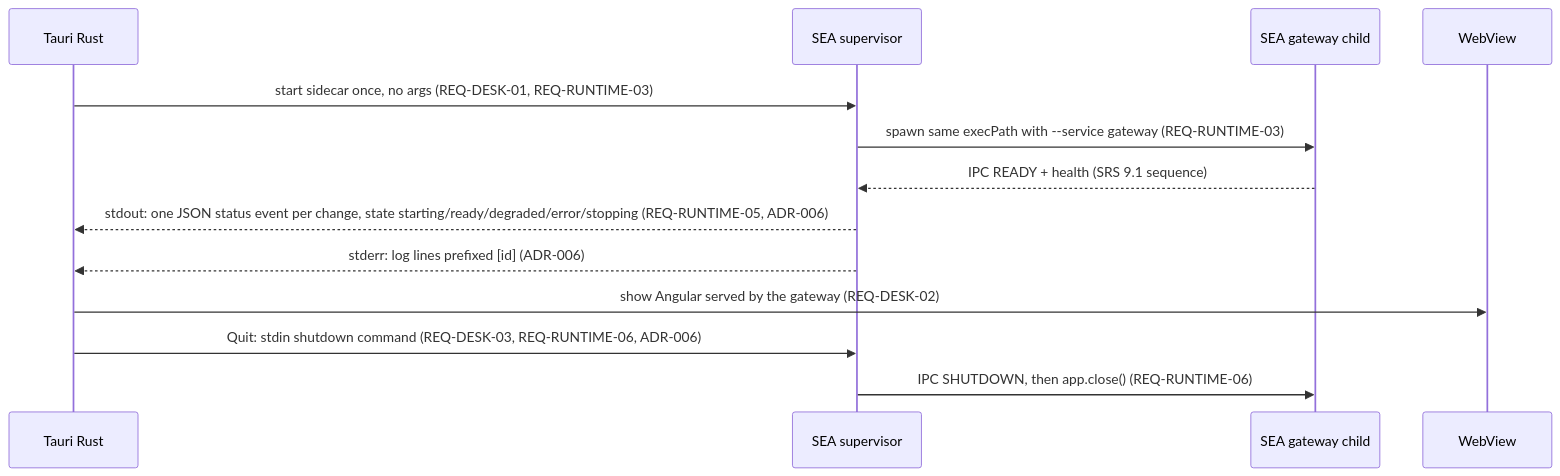
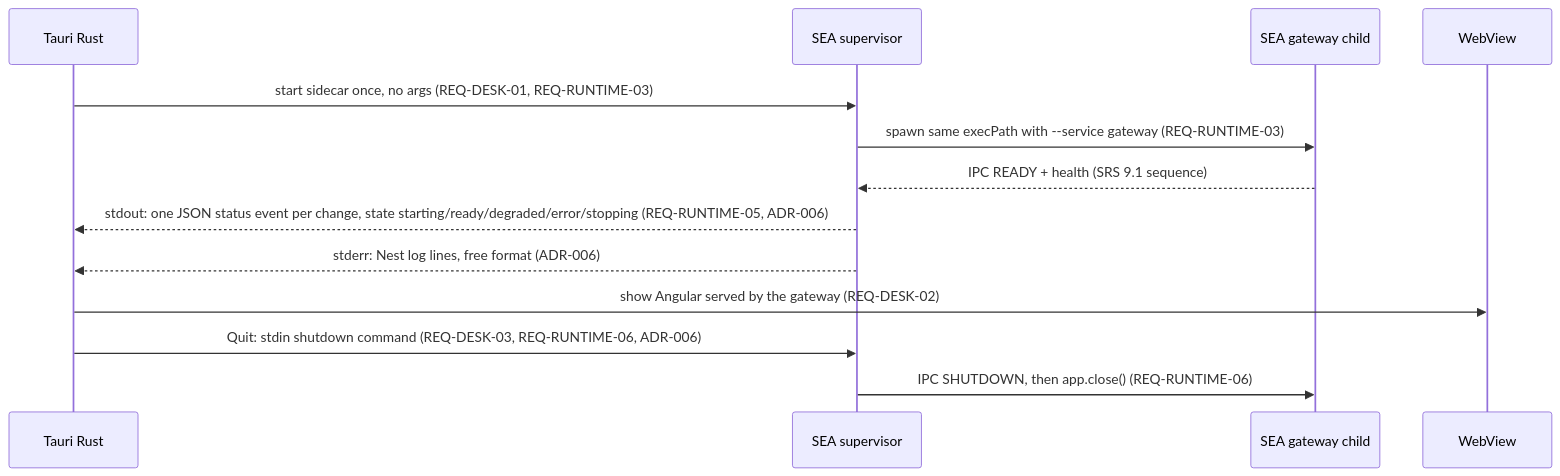
Before and after one commit to virgenherrera/lan-solution-template: the third of 3 diagrams in docs/architecture/overview.md, drawn with Mermaid. The commit also changed 130 other files, not shown here.

````diff
--- a/docs/architecture/overview.md
+++ b/docs/architecture/overview.md
@@ -111,15 +111,15 @@
 ```mermaid
 sequenceDiagram
     participant T as Tauri Rust
     participant S as SEA supervisor
     participant G as SEA gateway child
     participant V as WebView
     T->>S: start sidecar once, no args (REQ-DESK-01, REQ-RUNTIME-03)
     S->>G: spawn same execPath with --service gateway (REQ-RUNTIME-03)
     G-->>S: IPC READY + health (SRS 9.1 sequence)
     S-->>T: stdout: one JSON status event per change, state starting/ready/degraded/error/stopping (REQ-RUNTIME-05, ADR-006)
-    S-->>T: stderr: log lines prefixed [id] (ADR-006)
+    S-->>T: stderr: Nest log lines, free format (ADR-006)
     T->>V: show Angular served by the gateway (REQ-DESK-02)
     T->>S: Quit: stdin shutdown command (REQ-DESK-03, REQ-RUNTIME-06, ADR-006)
     S->>G: IPC SHUTDOWN, then app.close() (REQ-RUNTIME-06)
 ```
````
